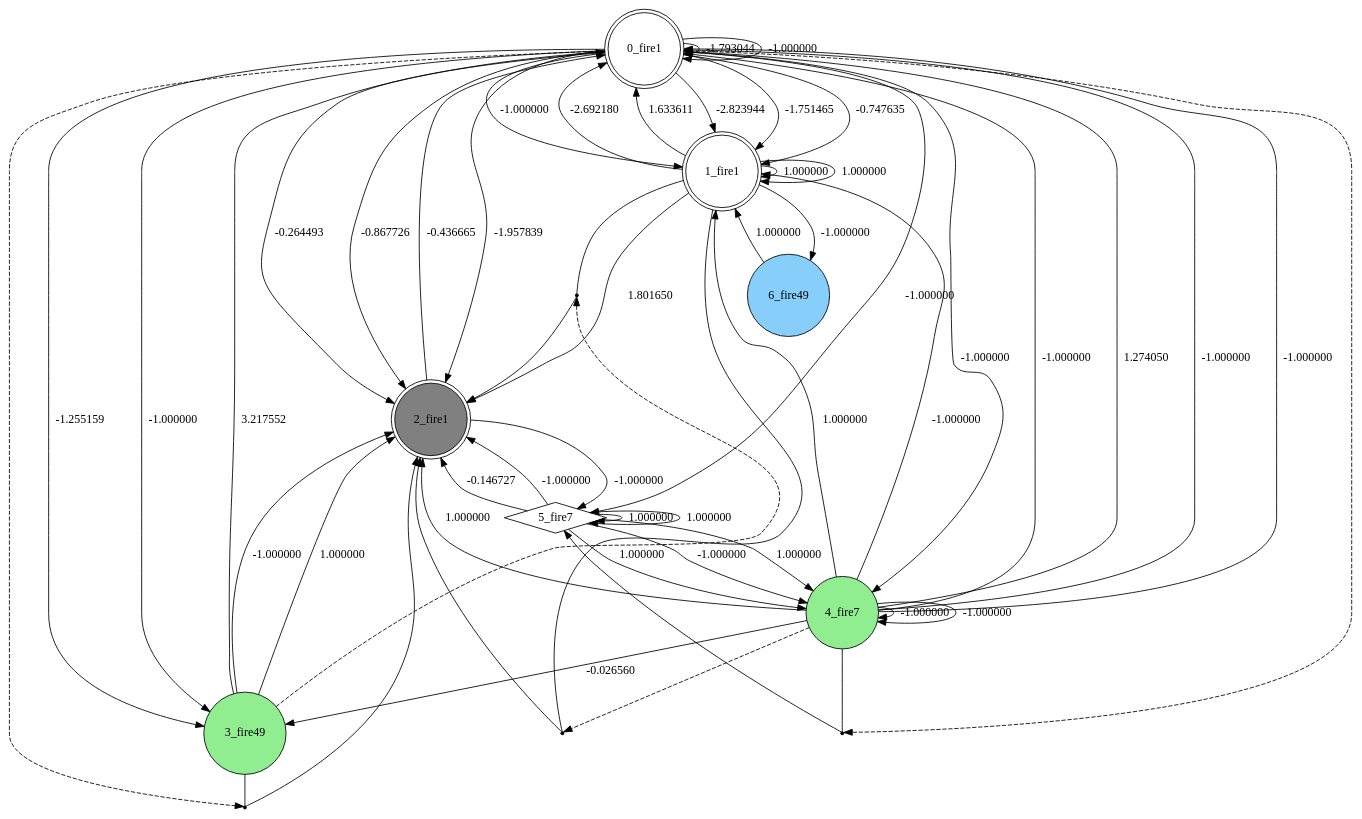
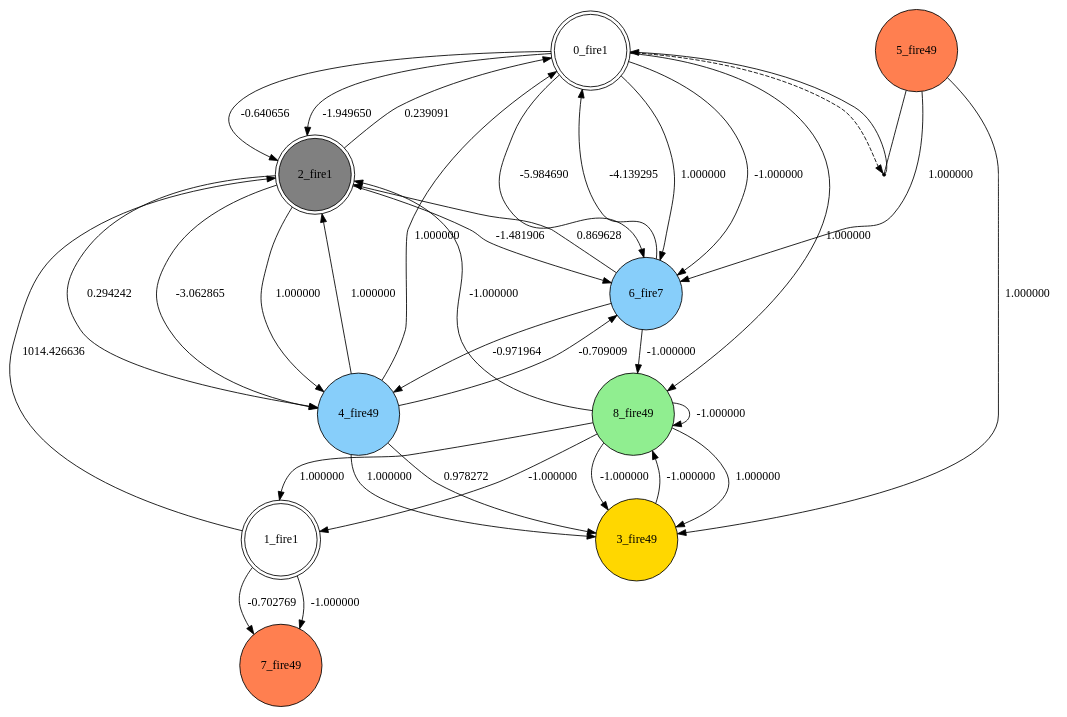
The diagram in best_individual.dot (tim-ufer/SUNA-NOC), drawn with Graphviz before and after one commit. The commit also changed 4 other files, not shown here.

```diff
--- a/best_individual.dot
+++ b/best_individual.dot
@@ -1,68 +1,48 @@
 digraph G {
  node[shape = circle]
 0 [label="0_fire1",shape=doublecircle]
 1 [label="1_fire1",shape=doublecircle]
 2 [label="2_fire1",shape=doublecircle, style=filled, fillcolor=gray]
-3 [label="3_fire49",style=filled, fillcolor=lightgreen]
-4 [label="4_fire7",style=filled, fillcolor=lightgreen]
-5 [label="5_fire7",shape=diamond]
-6 [label="6_fire49",style=filled, fillcolor=lightskyblue]
-7 [shape=point, label=""]
-4 -> 7 [style=dashed] 
-1 -> 7 [dir=none]
-7 -> 2 
-8 [shape=point, label=""]
-0 -> 8 [style=dashed] 
-3 -> 8 [dir=none]
-8 -> 2 
-0 -> 4 [label="-1.000000"]
-2 -> 0 [label="-0.436665"]
-0 -> 0 [label="-1.793044"]
-4 -> 0 [label="-1.000000"]
-1 -> 2 [label="1.801650"]
+3 [label="3_fire49",style=filled, fillcolor=gold]
+4 [label="4_fire49",style=filled, fillcolor=lightskyblue]
+5 [label="5_fire49",style=filled, fillcolor=coral]
+6 [label="6_fire7",style=filled, fillcolor=lightskyblue]
+7 [label="7_fire49",style=filled, fillcolor=coral]
+8 [label="8_fire49",style=filled, fillcolor=lightgreen]
+4 -> 0 [label="1.000000"]
+3 -> 8 [label="-1.000000"]
+2 -> 4 [label="0.294242"]
+1 -> 2 [label="1014.426636"]
 4 -> 2 [label="1.000000"]
-0 -> 2 [label="-0.264493"]
-0 -> 1 [label="-2.823944"]
-1 -> 1 [label="1.000000"]
-0 -> 2 [label="-0.867726"]
-0 -> 1 [label="-1.751465"]
-4 -> 0 [label="1.274050"]
-3 -> 0 [label="3.217552"]
-0 -> 3 [label="-1.255159"]
-4 -> 1 [label="1.000000"]
-1 -> 0 [label="-2.692180"]
-5 -> 4 [label="1.000000"]
-4 -> 4 [label="-1.000000"]
-0 -> 1 [label="-0.747635"]
-3 -> 2 [label="-1.000000"]
-5 -> 4 [label="-1.000000"]
-0 -> 3 [label="-1.000000"]
-1 -> 0 [label="1.633611"]
-0 -> 2 [label="-1.957839"]
+2 -> 4 [label="-3.062865"]
+6 -> 0 [label="-4.139295"]
+0 -> 6 [label="-5.984690"]
+4 -> 3 [label="0.978272"]
+2 -> 6 [label="-1.481906"]
+5 -> 3 [label="1.000000"]
+4 -> 6 [label="-0.709009"]
+0 -> 2 [label="-0.640656"]
+0 -> 2 [label="-1.949650"]
+6 -> 4 [label="-0.971964"]
+6 -> 2 [label="0.869628"]
+8 -> 1 [label="-1.000000"]
+6 -> 8 [label="-1.000000"]
+5 -> 6 [label="1.000000"]
+2 -> 0 [label="0.239091"]
+8 -> 8 [label="-1.000000"]
+1 -> 7 [label="-0.702769"]
+8 -> 3 [label="-1.000000"]
+2 -> 4 [label="1.000000"]
+0 -> 6 [label="1.000000"]
+8 -> 1 [label="1.000000"]
 9 [shape=point, label=""]
-3 -> 9 [style=dashed] 
-1 -> 9 [dir=none]
-9 -> 2 
-5 -> 2 [label="-0.146727"]
-1 -> 6 [label="-1.000000"]
-4 -> 3 [label="-0.026560"]
-2 -> 5 [label="-1.000000"]
-5 -> 4 [label="1.000000"]
-4 -> 1 [label="-1.000000"]
-5 -> 5 [label="1.000000"]
-4 -> 4 [label="-1.000000"]
-0 -> 5 [label="-1.000000"]
-1 -> 1 [label="1.000000"]
-4 -> 0 [label="-1.000000"]
-4 -> 0 [label="-1.000000"]
-10 [shape=point, label=""]
-0 -> 10 [style=dashed] 
-4 -> 10 [dir=none]
-10 -> 5 
-5 -> 2 [label="-1.000000"]
-6 -> 1 [label="1.000000"]
-3 -> 2 [label="1.000000"]
-0 -> 1 [label="-1.000000"]
-5 -> 5 [label="1.000000"]
-0 -> 0 [label="-1.000000"]
+0 -> 9 [style=dashed] 
+5 -> 9 [dir=none]
+9 -> 0 
+8 -> 3 [label="1.000000"]
+1 -> 7 [label="-1.000000"]
+0 -> 8 [label="1.000000"]
+0 -> 6 [label="-1.000000"]
+4 -> 3 [label="1.000000"]
+8 -> 2 [label="-1.000000"]
 }
```
